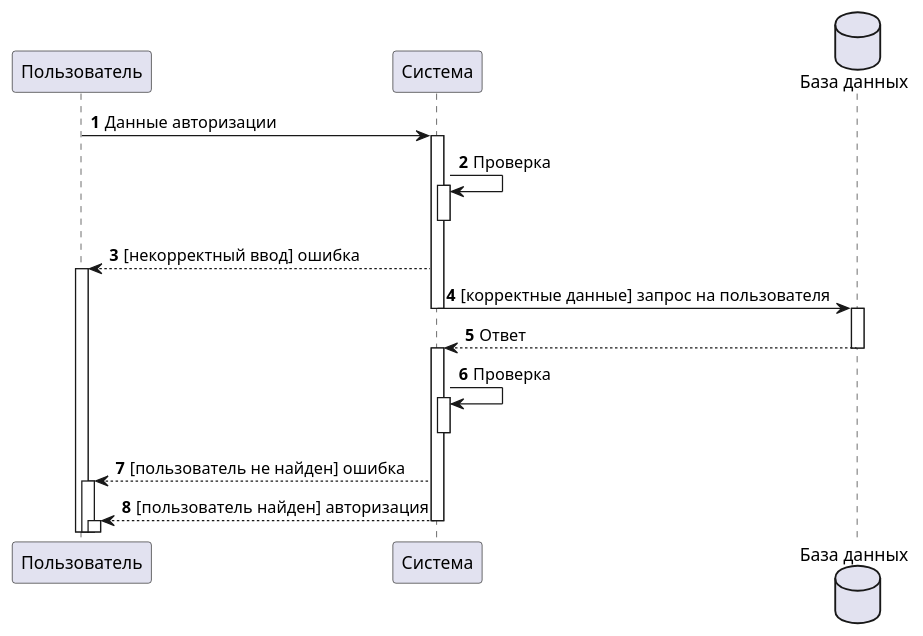
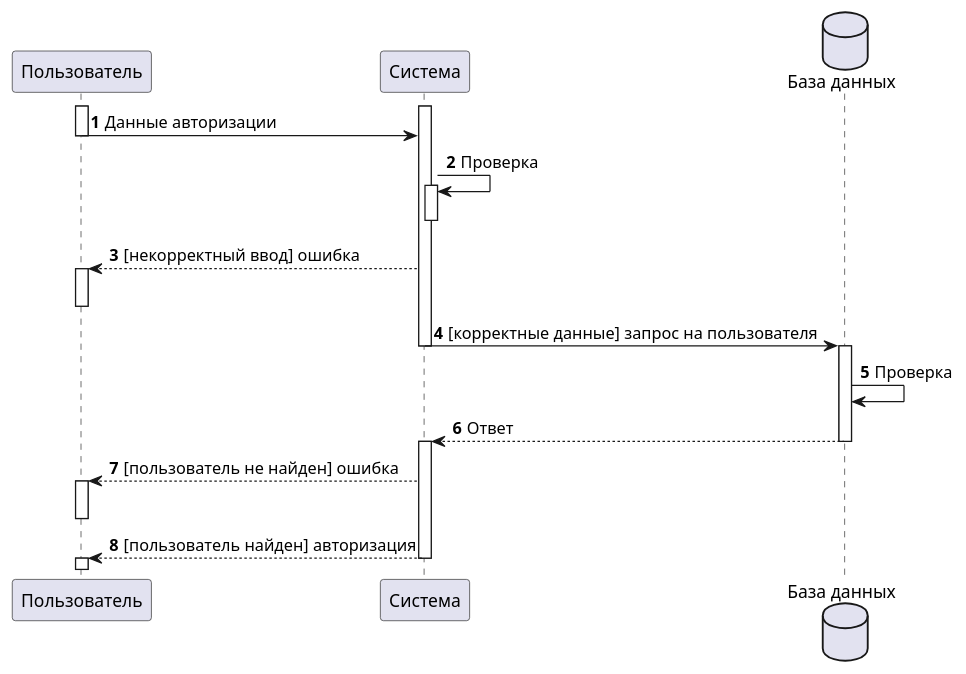
One commit to xlebec27/RGARMusic changed the diagram in docs/diagrams/SequenceAuthorization.puml. Above: the diagram before and after it, drawn with PlantUML.

Commit message:
Final SequenceAuthorization

```diff
--- a/docs/diagrams/SequenceAuthorization.puml
+++ b/docs/diagrams/SequenceAuthorization.puml
@@ -1,40 +1,40 @@
 @startuml
 autonumber
 
 participant "Пользователь" as Пользователь
 participant "Система" as Система
 database "База данных" as database
 
 autonumber
+activate Система
+activate Пользователь
 Пользователь -> Система: Данные авторизации
-activate Система
+deactivate Пользователь
+
 
 Система -> Система:Проверка
 activate Система
 
 deactivate Система
 
 Система -->Пользователь:[некорректный ввод] ошибка
 activate Пользователь
-
+deactivate Пользователь
 Система -> database:[корректные данные] запрос на пользователя
 deactivate Система
 activate database
 
+database -> database:Проверка
 database-->Система: Ответ
 deactivate database
+
 activate Система
-
-Система -> Система:Проверка
-activate Система
-
-deactivate Система
 
 Система -->Пользователь:[пользователь не найден] ошибка
 activate Пользователь
-
+deactivate Пользователь
 Система -->Пользователь:[пользователь найден] авторизация
 deactivate Система
 activate Пользователь
-
+deactivate Пользователь
 @enduml
```
